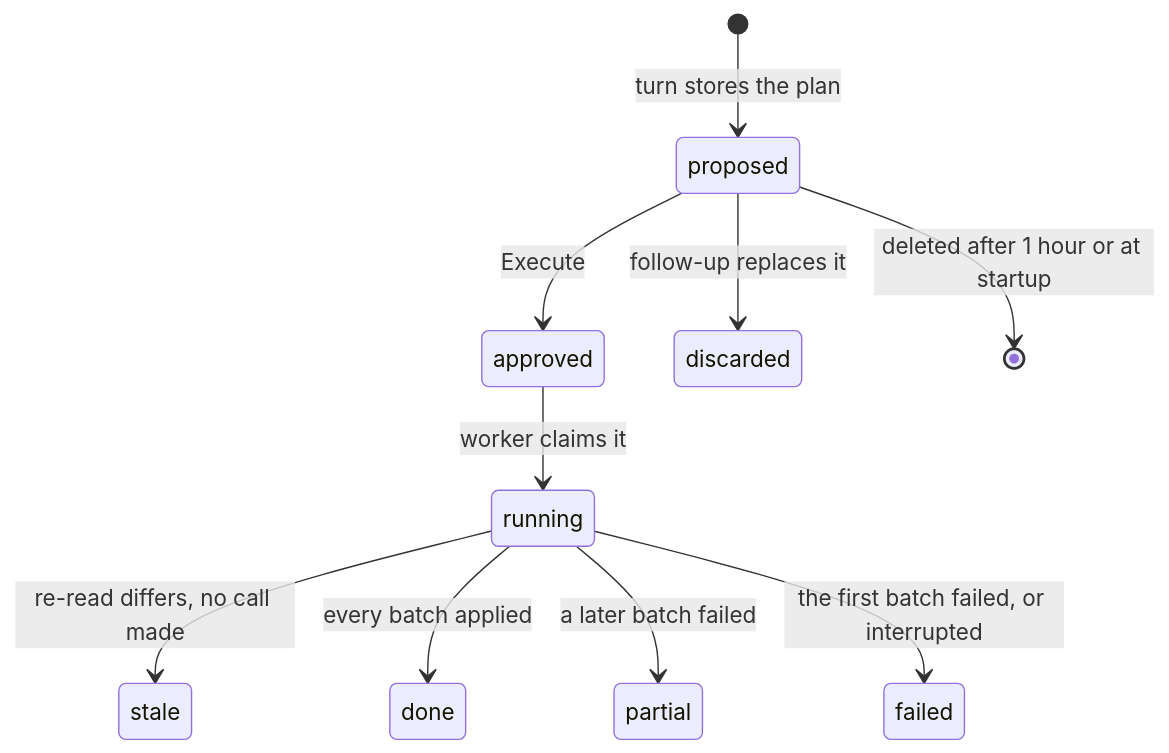
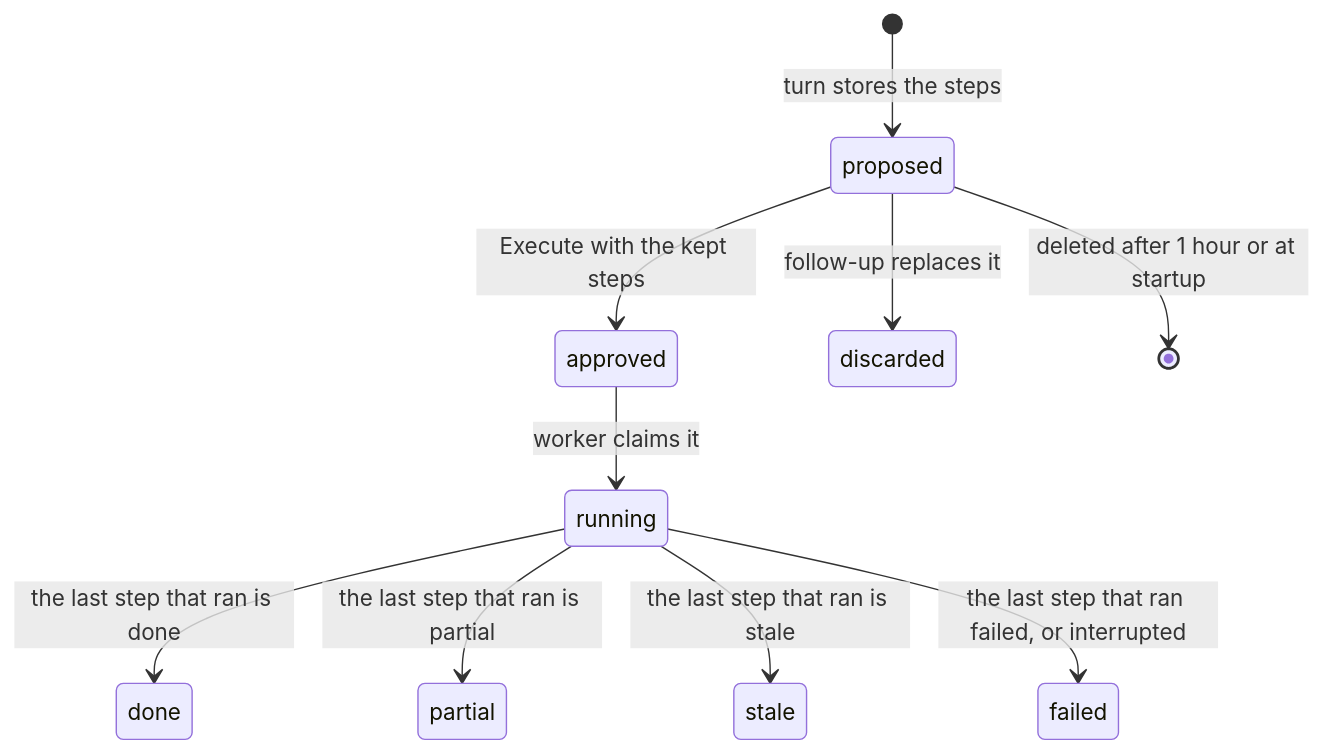
The third of 3 diagrams in docs/design-docs/assistant.md (syudead/vv), drawn with Mermaid before and after one commit. The commit also changed other lines of this file and 33 other files, not shown here.

````diff
--- a/docs/design-docs/assistant.md
+++ b/docs/design-docs/assistant.md
@@ -181,12 +185,12 @@
 ```mermaid
 stateDiagram-v2
-  [*] --> proposed: turn stores the plan
-  proposed --> approved: Execute
+  [*] --> proposed: turn stores the steps
+  proposed --> approved: Execute with the kept steps
   proposed --> discarded: follow-up replaces it
   proposed --> [*]: deleted after 1 hour or at startup
   approved --> running: worker claims it
-  running --> stale: re-read differs, no call made
-  running --> done: every batch applied
-  running --> partial: a later batch failed
-  running --> failed: the first batch failed, or interrupted
+  running --> done: the last step that ran is done
+  running --> partial: the last step that ran is partial
+  running --> stale: the last step that ran is stale
+  running --> failed: the last step that ran failed, or interrupted
 ```
````
